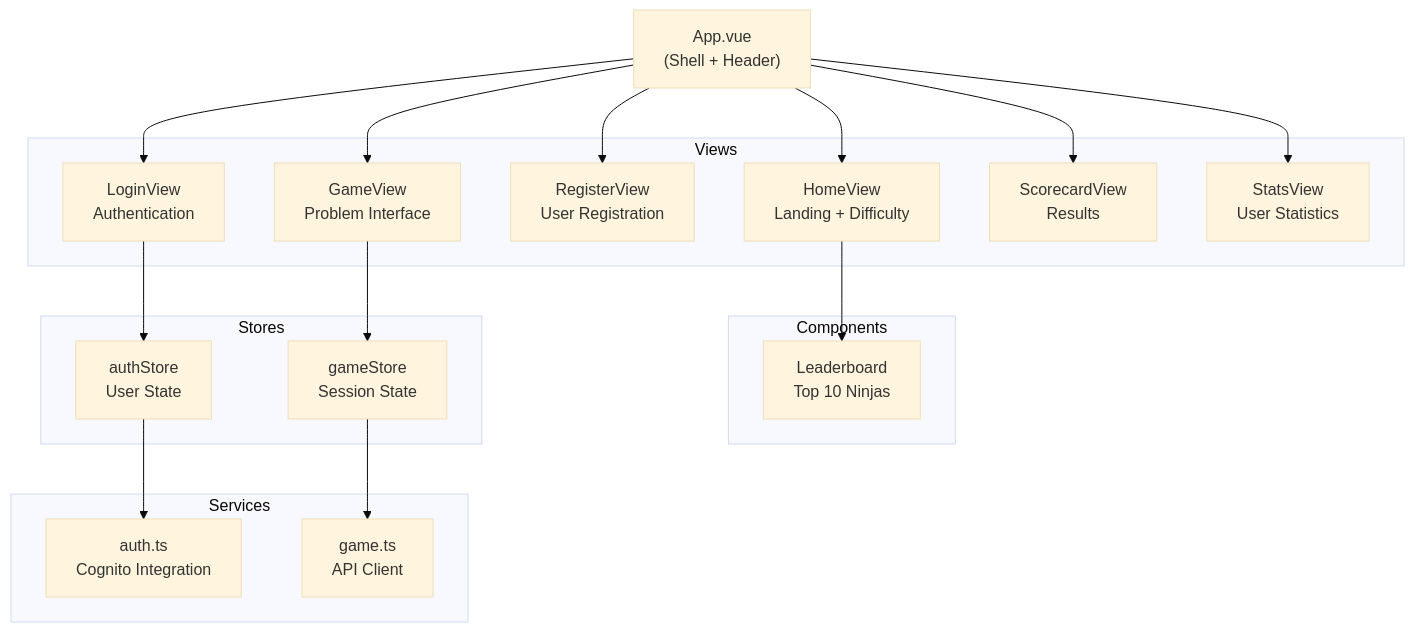
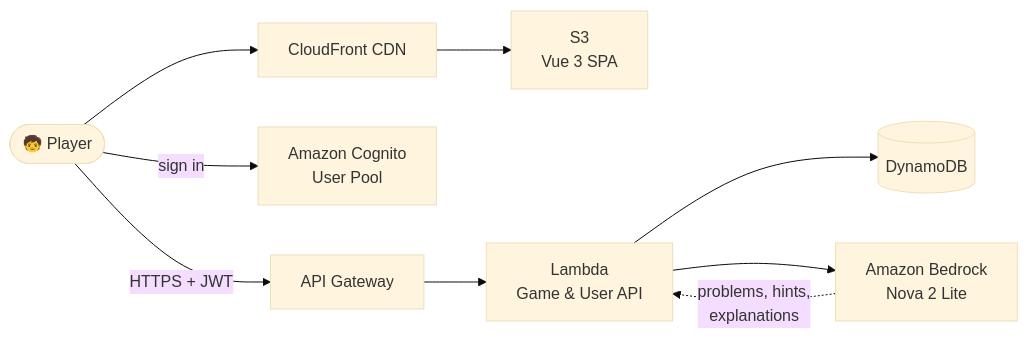
The first of 2 diagrams in docs/ARCHITECTURE.md (onemorepereira/math-tutor), drawn with Mermaid (base theme) before and after one commit. The commit also changed other lines of this file, not shown here.

Commit message:
docs: add product overview and detailed architecture diagrams

````diff
--- a/docs/ARCHITECTURE.md
+++ b/docs/ARCHITECTURE.md
@@ -83,34 +12,12 @@
 ```mermaid
-graph TD
-    App["App.vue<br/>(Shell + Header)"]
+flowchart LR
+    kid(["🧒 Player"]) --> cf["CloudFront CDN"]
+    cf --> s3["S3<br/>Vue 3 SPA"]
+    kid -->|"sign in"| cognito["Amazon Cognito<br/>User Pool"]
+    kid -->|"HTTPS + JWT"| api["API Gateway"]
+    api --> lambda["Lambda<br/>Game & User API"]
+    lambda --> ddb[("DynamoDB")]
+    lambda --> bedrock["Amazon Bedrock<br/>Nova 2 Lite"]
 
-    subgraph Views
-        Home["HomeView<br/>Landing + Difficulty"]
-        Login["LoginView<br/>Authentication"]
-        Register["RegisterView<br/>User Registration"]
-        Game["GameView<br/>Problem Interface"]
-        Scorecard["ScorecardView<br/>Results"]
-        Stats["StatsView<br/>User Statistics"]
-    end
-
-    subgraph Components
-        LB["Leaderboard<br/>Top 10 Ninjas"]
-    end
-
-    subgraph Stores
-        AuthStore["authStore<br/>User State"]
-        GameStore["gameStore<br/>Session State"]
-    end
-
-    subgraph Services
-        AuthService["auth.ts<br/>Cognito Integration"]
-        GameService["game.ts<br/>API Client"]
-    end
-
-    App --> Home & Login & Register & Game & Scorecard & Stats
-    Home --> LB
-    Game --> GameStore
-    Login --> AuthStore
-    AuthStore --> AuthService
-    GameStore --> GameService
+    bedrock -.->|"problems, hints,<br/>explanations"| lambda
 ```
````
